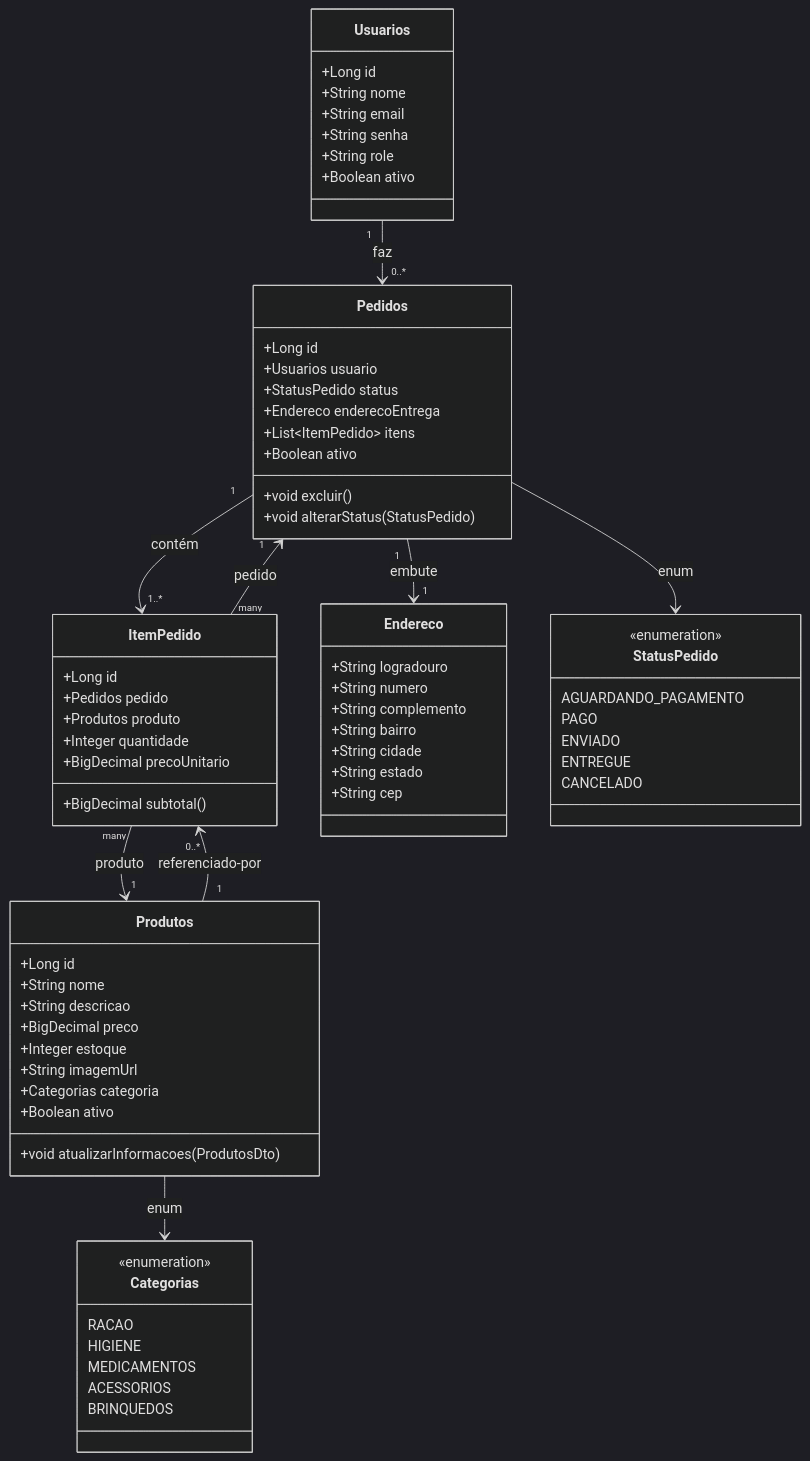
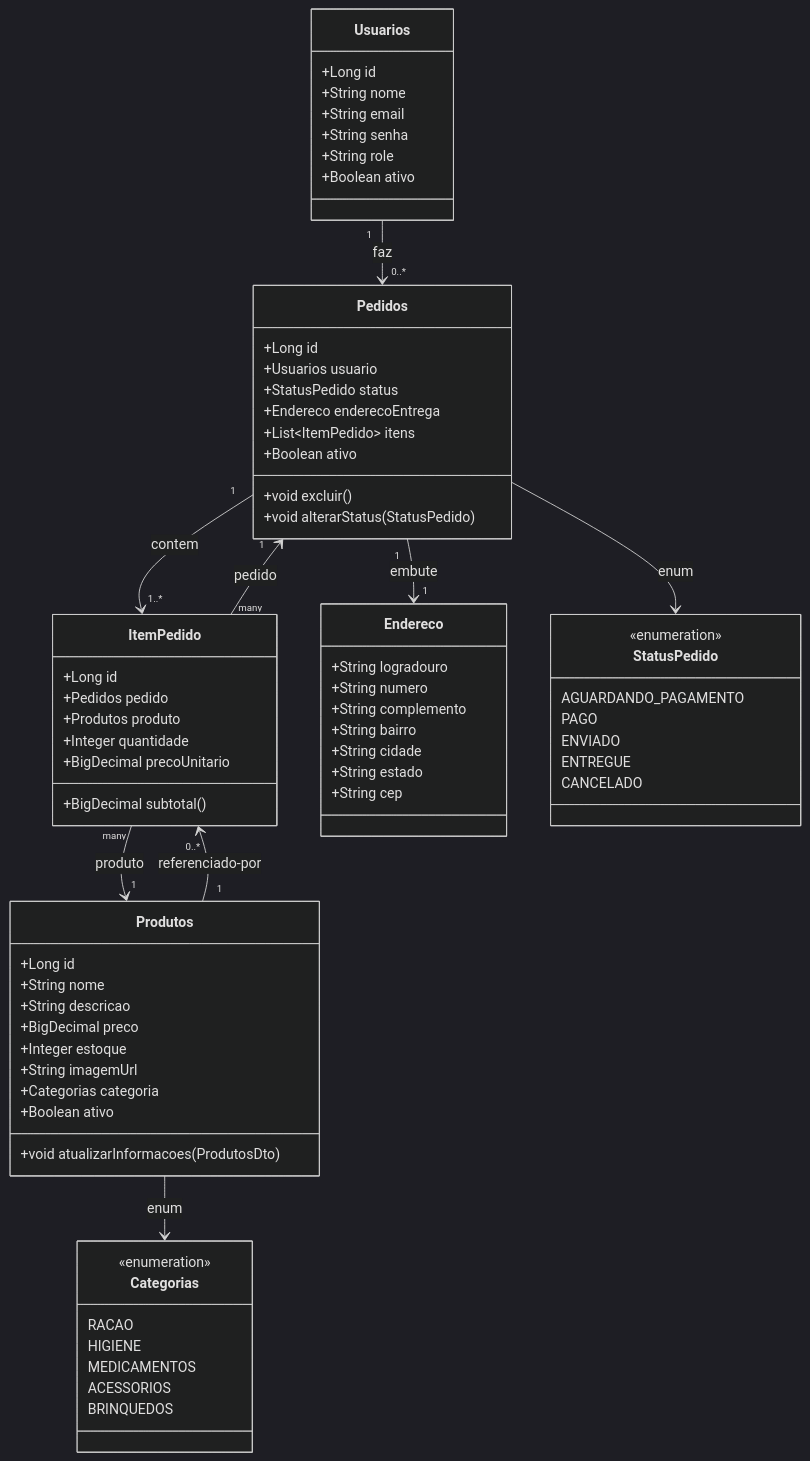
The second of 2 diagrams in README.md (AROLima/DomPet_backend), drawn with Mermaid (dark theme) before and after one commit. The commit also changed other lines of this file, not shown here.

````diff
--- a/README.md
+++ b/README.md
@@ -51,80 +54,80 @@
 ```mermaid
 classDiagram
   class Usuarios {
     +Long id
     +String nome
     +String email
     +String senha
     +String role
     +Boolean ativo
   }
 
   class Produtos {
     +Long id
     +String nome
     +String descricao
     +BigDecimal preco
     +Integer estoque
     +String imagemUrl
     +Categorias categoria
     +Boolean ativo
     +void atualizarInformacoes(ProdutosDto)
   }
 
   class Pedidos {
     +Long id
     +Usuarios usuario
     +StatusPedido status
     +Endereco enderecoEntrega
     +List~ItemPedido~ itens
     +Boolean ativo
     +void excluir()
     +void alterarStatus(StatusPedido)
   }
 
   class ItemPedido {
     +Long id
     +Pedidos pedido
     +Produtos produto
     +Integer quantidade
     +BigDecimal precoUnitario
     +BigDecimal subtotal()
   }
 
   class Endereco {
     +String logradouro
     +String numero
     +String complemento
     +String bairro
     +String cidade
     +String estado
     +String cep
   }
 
   class Categorias {
     <<enumeration>>
     RACAO
     HIGIENE
     MEDICAMENTOS
     ACESSORIOS
     BRINQUEDOS
   }
 
   class StatusPedido {
     <<enumeration>>
     AGUARDANDO_PAGAMENTO
     PAGO
     ENVIADO
     ENTREGUE
     CANCELADO
   }
 
   Usuarios "1" --> "0..*" Pedidos : faz
   Pedidos "1" --> "1" Endereco : embute
-  Pedidos "1" --> "1..*" ItemPedido : contém
+  Pedidos "1" --> "1..*" ItemPedido : contem
   Produtos "1" --> "0..*" ItemPedido : referenciado-por
   ItemPedido "many" --> "1" Produtos : produto
   ItemPedido "many" --> "1" Pedidos : pedido
   Produtos --> Categorias : enum
   Pedidos --> StatusPedido : enum
 ```
````
